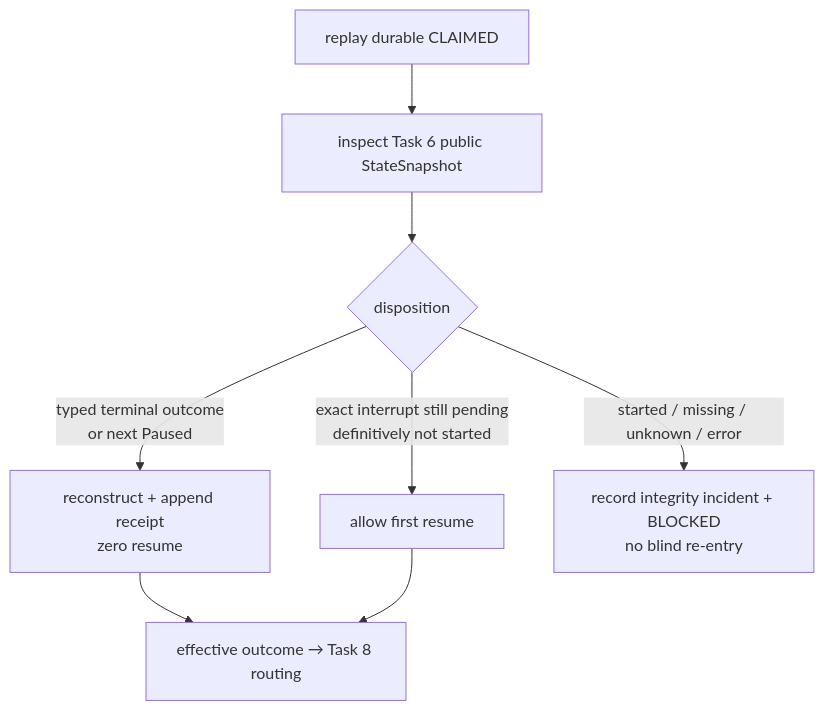
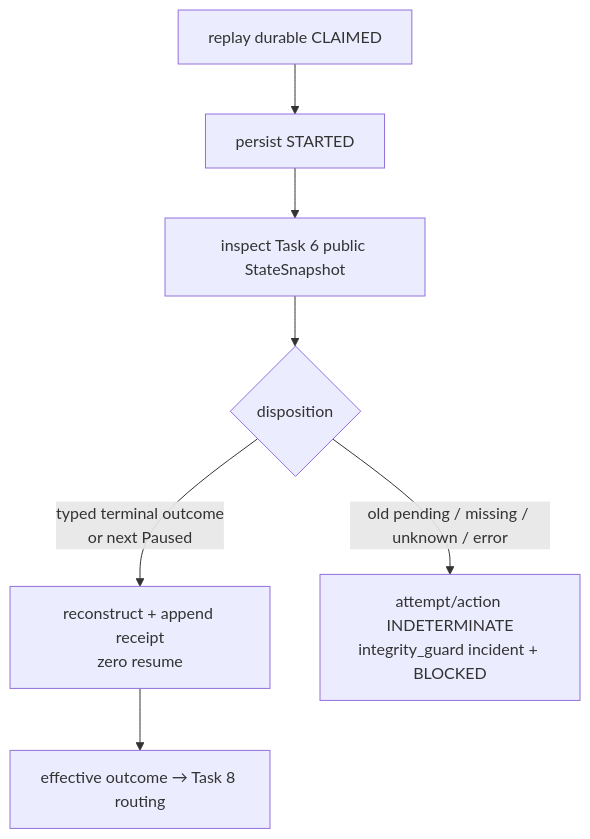
Before and after one commit to Valkure-Yip/ai-book-interpreter: the fourth of 4 diagrams in docs/design-docs/langgraph-and-state-machine.md, drawn with Mermaid. The commit also changed other lines of this file and 10 other files, not shown here.

````diff
--- a/docs/design-docs/langgraph-and-state-machine.md
+++ b/docs/design-docs/langgraph-and-state-machine.md
@@ -151,10 +158,9 @@
 ```mermaid
 flowchart TD
-    S["replay durable CLAIMED"] --> I["inspect Task 6 public StateSnapshot"]
+    C["replay durable CLAIMED"] --> S["persist STARTED"]
+    S --> I["inspect Task 6 public StateSnapshot"]
     I --> D{"disposition"}
     D -- "typed terminal outcome<br/>or next Paused" --> A["reconstruct + append receipt<br/>zero resume"]
-    D -- "exact interrupt still pending<br/>definitively not started" --> F["allow first resume"]
-    D -- "started / missing / unknown / error" --> B["record integrity incident + BLOCKED<br/>no blind re-entry"]
+    D -- "old pending / missing / unknown / error" --> B["attempt/action INDETERMINATE<br/>integrity_guard incident + BLOCKED"]
     A --> E["effective outcome → Task 8 routing"]
-    F --> E
 ```
````
